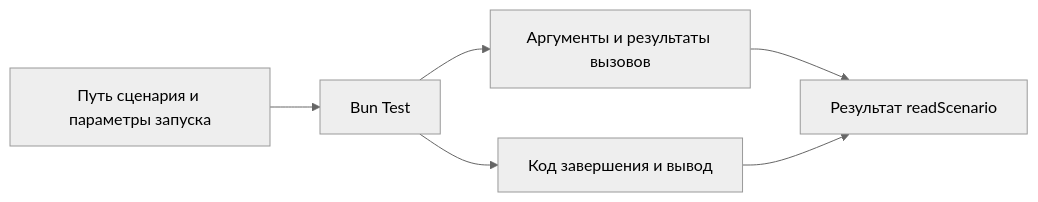
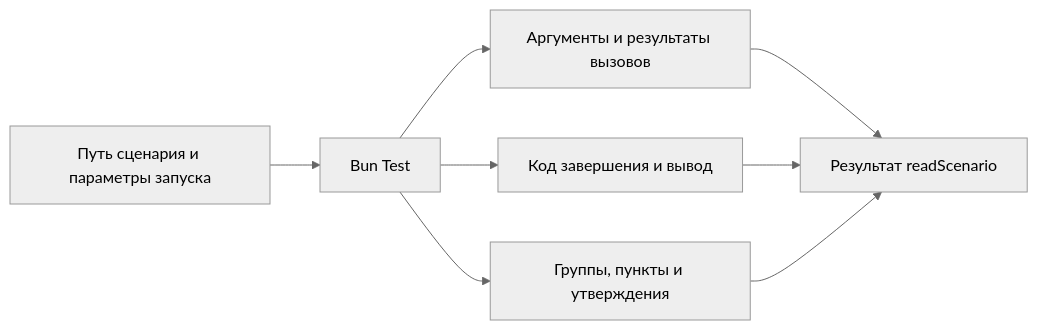
One commit to zavx0z/storybook changed the diagram in archetypes/specs/scenarios/notes/reading.md. Above: the diagram before and after it, drawn with Mermaid (neutral theme). The commit also changed other lines of this file and 40 other files, not shown here.

````diff
--- a/archetypes/specs/scenarios/notes/reading.md
+++ b/archetypes/specs/scenarios/notes/reading.md
@@ -12,8 +13,10 @@
 ```mermaid
 flowchart LR
   input["Путь сценария и параметры запуска"] --> run["Bun Test"]
   run --> calls["Аргументы и результаты вызовов"]
   run --> report["Код завершения и вывод"]
+  run --> assertions["Группы, пункты и утверждения"]
   calls --> result["Результат readScenario"]
   report --> result
+  assertions --> result
 ```
````
